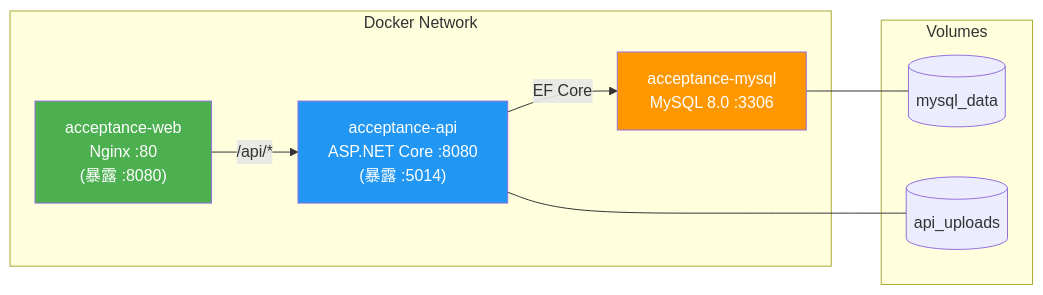
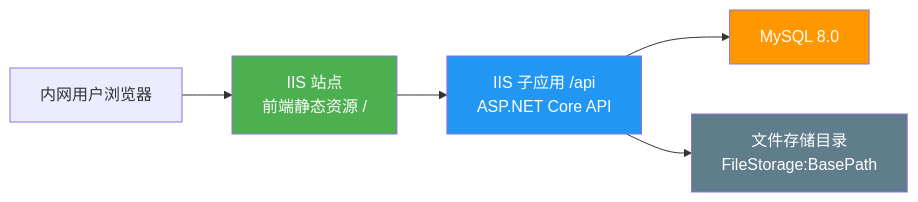
One commit to xiaocaiisxiaocai/AcceptanceSpecRecognition changed diagram 24 of 28 in docs/design-overview.md. Above: the diagram before and after it, drawn with Mermaid. The commit also changed other lines of this file and 162 other files, not shown here.

````diff
--- a/docs/design-overview.md
+++ b/docs/design-overview.md
@@ -1015,22 +1031,12 @@
 ```mermaid
 graph LR
-    subgraph Docker Network
-        NGINX["acceptance-web<br/>Nginx :80<br/>(暴露 :8080)"]
-        API_D["acceptance-api<br/>ASP.NET Core :8080<br/>(暴露 :5014)"]
-        MYSQL["acceptance-mysql<br/>MySQL 8.0 :3306"]
-    end
+    USER["内网用户浏览器"] --> IIS["IIS 站点<br/>前端静态资源 /"]
+    IIS --> API["IIS 子应用 /api<br/>ASP.NET Core API"]
+    API --> MYSQL["MySQL 8.0"]
+    API --> FS["文件存储目录<br/>FileStorage:BasePath"]
 
-    subgraph Volumes
-        V1[(mysql_data)]
-        V2[(api_uploads)]
-    end
-
-    NGINX -- "/api/*" --> API_D
-    API_D -- "EF Core" --> MYSQL
-    MYSQL --- V1
-    API_D --- V2
-
-    style NGINX fill:#4CAF50,color:#fff
-    style API_D fill:#2196F3,color:#fff
+    style IIS fill:#4CAF50,color:#fff
+    style API fill:#2196F3,color:#fff
     style MYSQL fill:#FF9800,color:#fff
+    style FS fill:#607D8B,color:#fff
 ```
````
